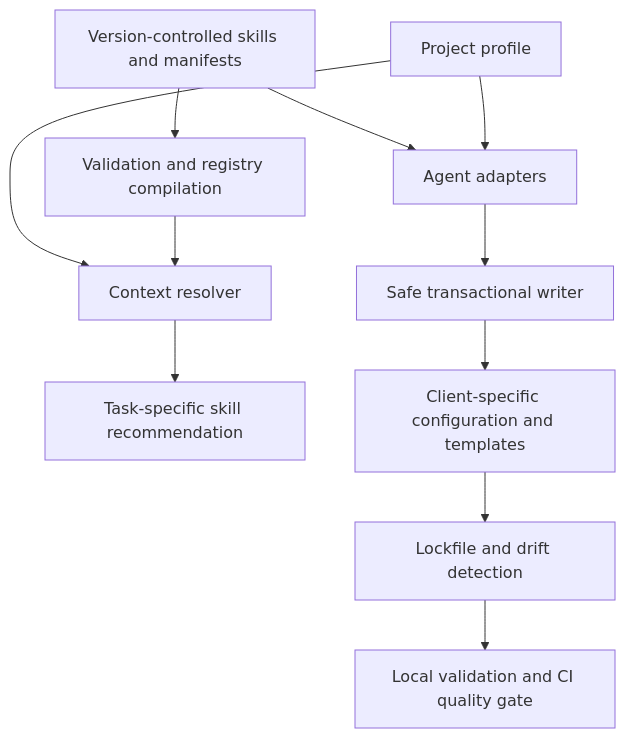
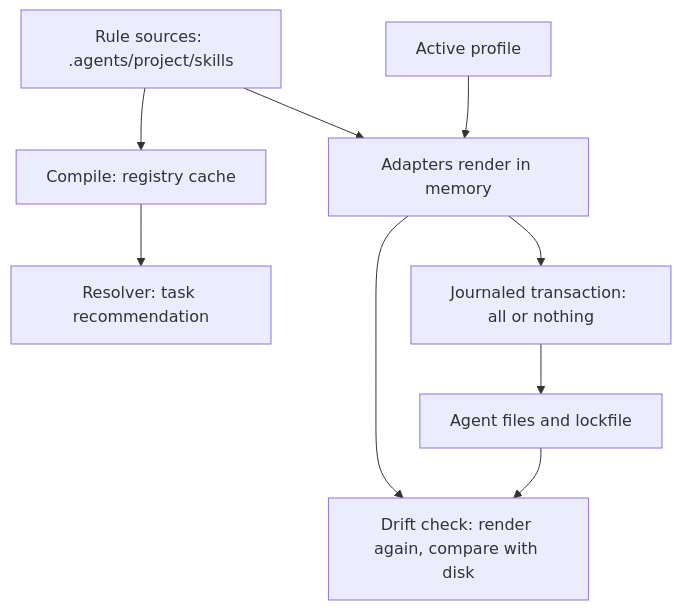
Before and after one commit to kok-o/contextos-agents: the diagram in docs/ARCHITECTURE.md, drawn with Mermaid. The commit also changed other lines of this file and 161 other files, not shown here.

Commit message:
feat: prepare core 3.0.0-rc.1 with safe project lifecycle

````diff
--- a/docs/ARCHITECTURE.md
+++ b/docs/ARCHITECTURE.md
@@ -11,13 +26,11 @@
 ```mermaid
 flowchart TD
-    A[Version-controlled skills and manifests] --> B[Validation and registry compilation]
-    C[Project profile] --> D[Context resolver]
-    B --> D
-    D --> J[Task-specific skill recommendation]
-    A --> E[Agent adapters]
-    C --> E
-    E --> F[Safe transactional writer]
-    F --> G[Client-specific configuration and templates]
-    G --> H[Lockfile and drift detection]
-    H --> I[Local validation and CI quality gate]
+    A[Rule sources: .agents/project/skills] --> B[Compile: registry cache]
+    A --> E[Adapters render in memory]
+    C[Active profile] --> E
+    B --> D[Resolver: task recommendation]
+    E --> F[Journaled transaction: all or nothing]
+    F --> G[Agent files and lockfile]
+    E --> H[Drift check: render again, compare with disk]
+    G --> H
 ```
````
